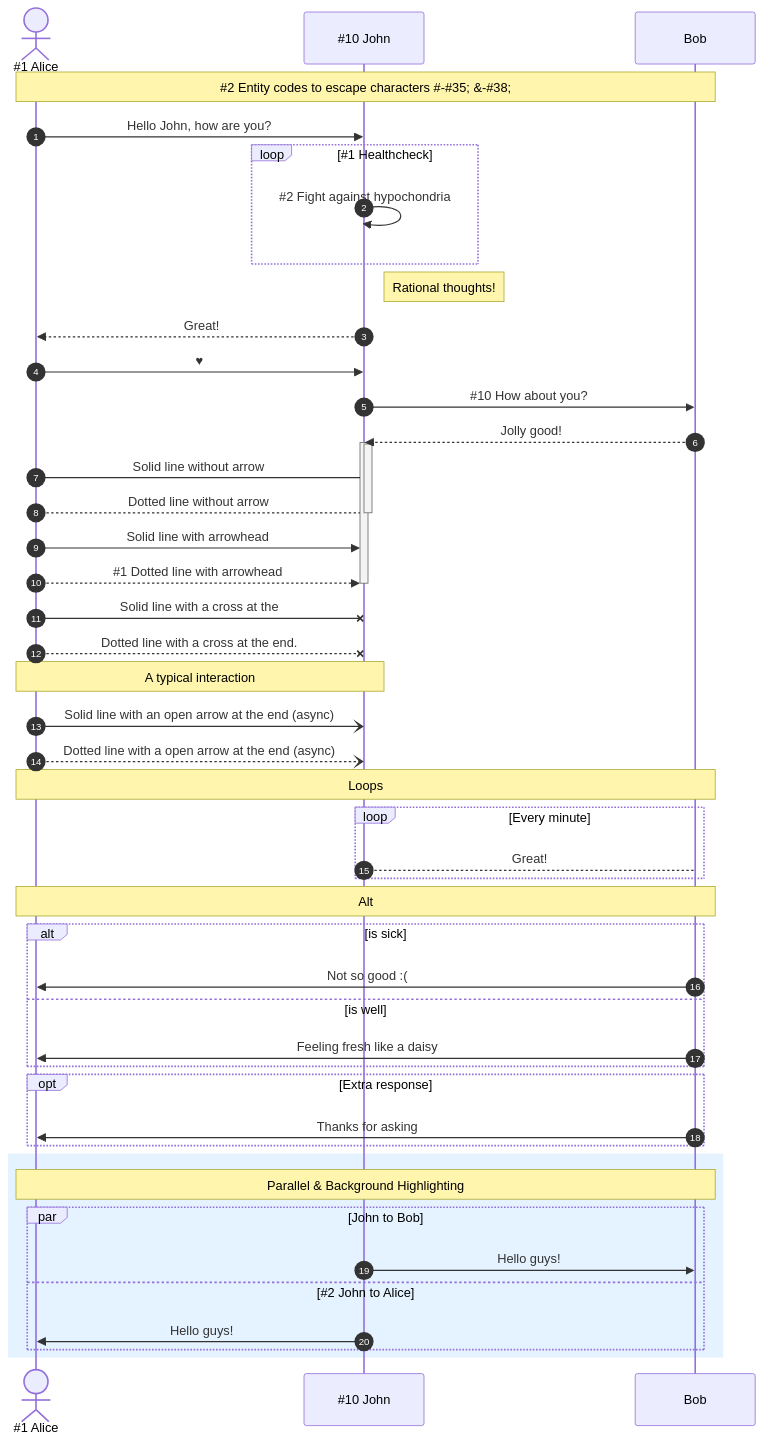
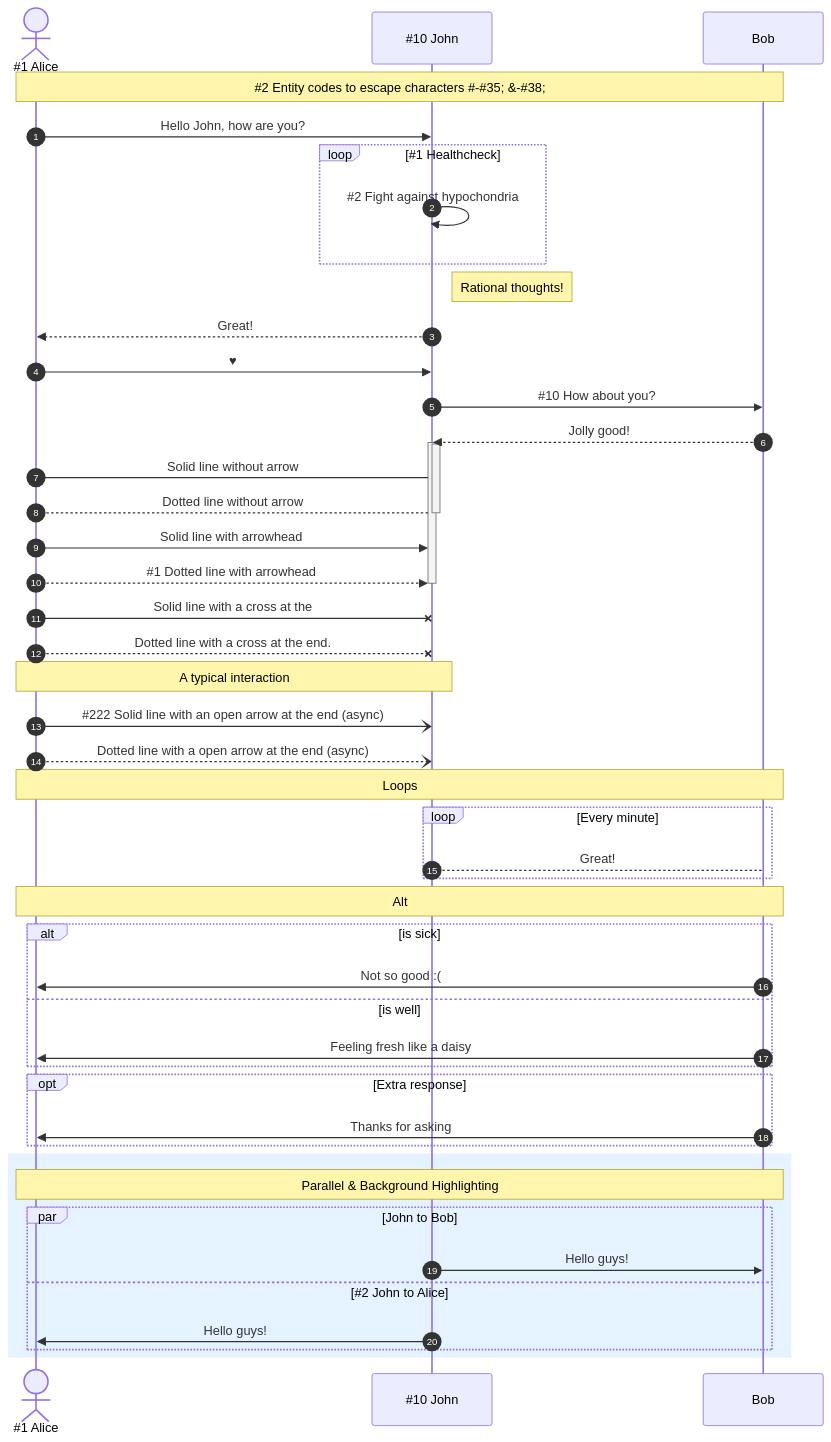
The sixth of 6 diagrams in README-template.md (sdzialowski-godaddy/mermaid), drawn with Mermaid before and after one commit. The commit also changed 1 other file, not shown here.

````diff
--- a/README-template.md
+++ b/README-template.md
@@ -122,58 +122,58 @@
 ```mermaid
 sequenceDiagram
     autonumber
     actor A as #35;1 Alice
     participant J as #35;10 John
     participant B as Bob
 Note over A,B: #35;2 Entity codes to escape characters #35;-#35;35#59; #38;-#35;38#59;
 
 A->>J: Hello John, how are you?
 loop #35;1 Healthcheck
     J->>J: #35;2 Fight against hypochondria
 end
 Note right of J: Rational thoughts!
 J-->>A: Great!
 A->>J: #9829;
 J->>B: #35;10 How about you?
 B-->>J: Jolly good!
 %% this is a comment
 activate J
 activate J
 A->J: Solid line without arrow
 A-->J: Dotted line without arrow
 deactivate J
 A->>J: Solid line with arrowhead
 A-->>J: #35;1 Dotted line with arrowhead
 deactivate J
 A-xJ: Solid line with a cross at the
 A--xJ: Dotted line with a cross at the end.
 Note over J,A: A typical interaction
-A-)J: Solid line with an open arrow at the end (async)
+A-)J: #35;222 Solid line with an open arrow at the end (async)
 A--)J: Dotted line with a open arrow at the end (async)
 
 Note over A,B: Loops
   loop Every minute
       J-->B: Great!
   end
 
 Note over A,B: Alt
   alt is sick
       B->>A: Not so good :(
   else is well
       B->>A: Feeling fresh like a daisy
   end
 
   opt Extra response
       B->>A: Thanks for asking
   end
 
 rect rgb(191, 223, 255, 0.4)
 Note over A,B: Parallel #38; Background Highlighting
     par John to Bob
         J->>B: Hello guys!
     and #35;2 John to Alice
         J->>A: Hello guys!
     end
 end
 
 ```
````
